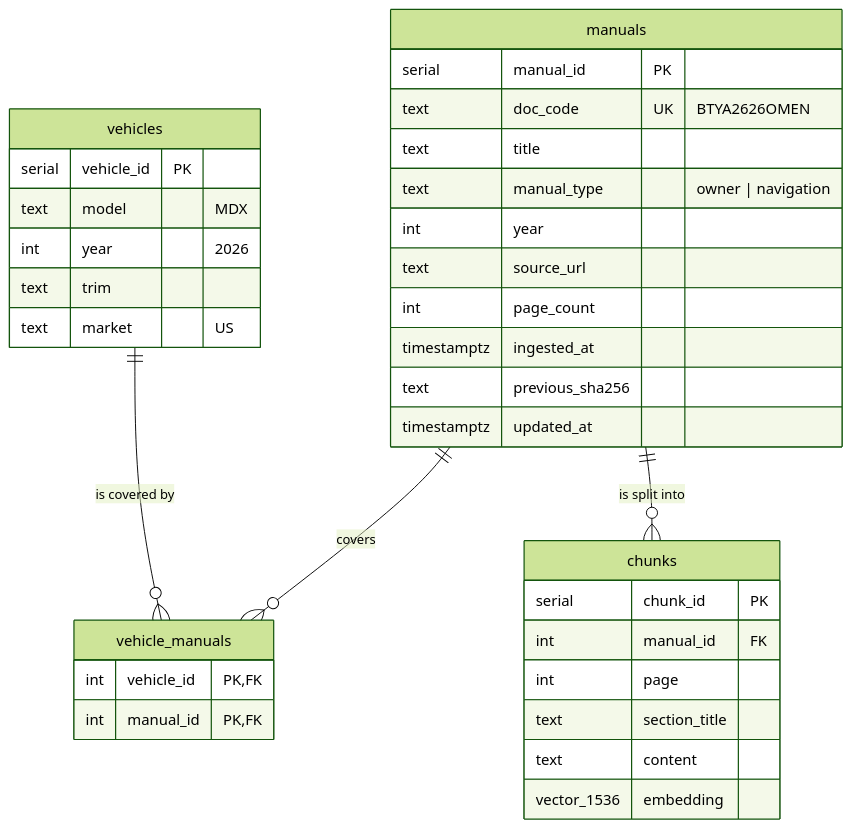
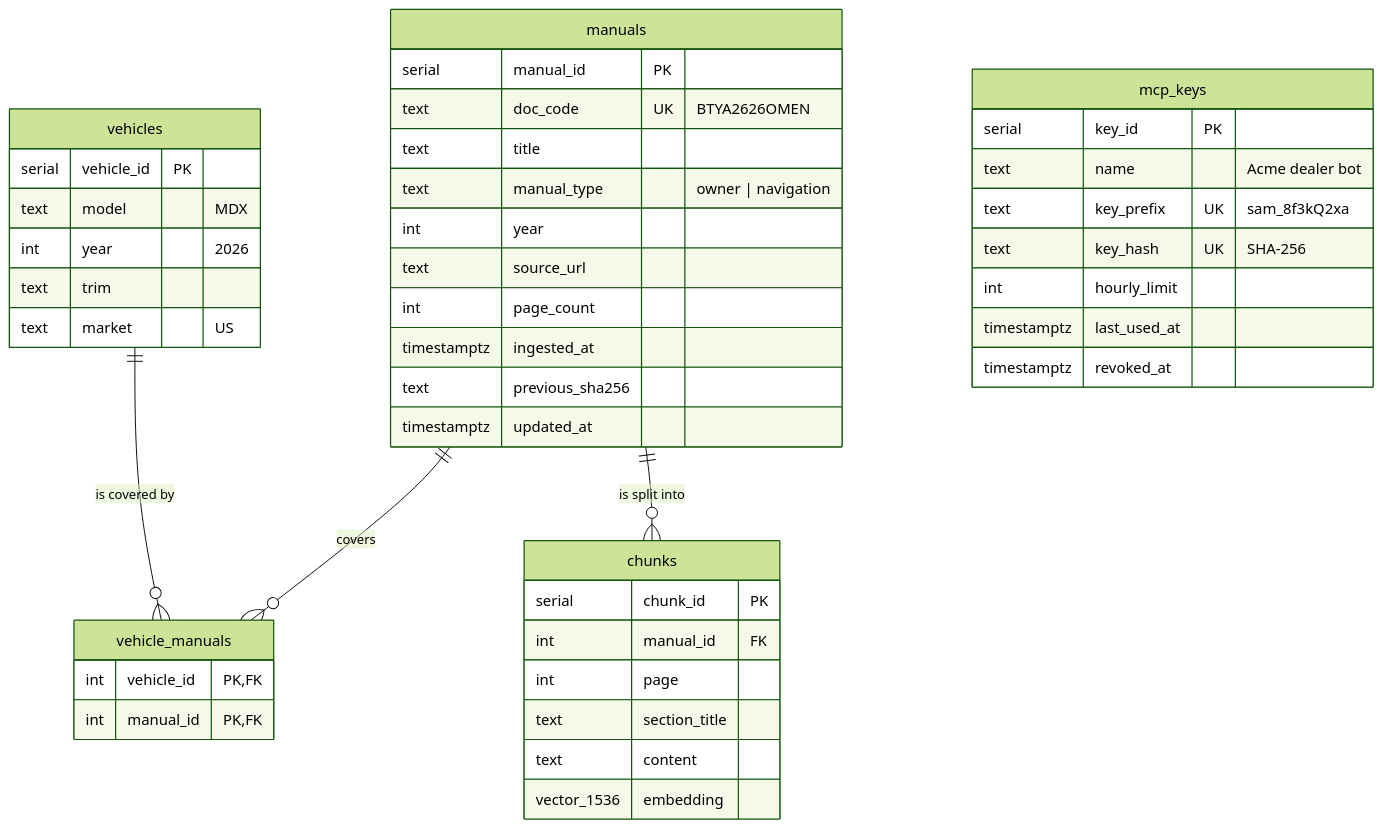
Before and after one commit to vascojm82/ai-eng-capstone-project: the fourth of 9 diagrams in README.md, drawn with Mermaid (forest theme). The commit also changed other lines of this file and 23 other files, not shown here.

````diff
--- a/README.md
+++ b/README.md
@@ -250,38 +251,47 @@
 ```mermaid
 erDiagram
     vehicles ||--o{ vehicle_manuals : "is covered by"
     manuals  ||--o{ vehicle_manuals : "covers"
     manuals  ||--o{ chunks : "is split into"
 
     vehicles {
         serial vehicle_id PK
         text model "MDX"
         int year "2026"
         text trim
         text market "US"
     }
     vehicle_manuals {
         int vehicle_id PK, FK
         int manual_id PK, FK
     }
     manuals {
         serial manual_id PK
         text doc_code UK "BTYA2626OMEN"
         text title
         text manual_type "owner | navigation"
         int year
         text source_url
         int page_count
         timestamptz ingested_at
         text previous_sha256
         timestamptz updated_at
     }
     chunks {
         serial chunk_id PK
         int manual_id FK
         int page
         text section_title
         text content
         vector_1536 embedding
     }
+    mcp_keys {
+        serial key_id PK
+        text name "Acme dealer bot"
+        text key_prefix UK "sam_8f3kQ2xa"
+        text key_hash UK "SHA-256"
+        int hourly_limit
+        timestamptz last_used_at
+        timestamptz revoked_at
+    }
 ```
````
